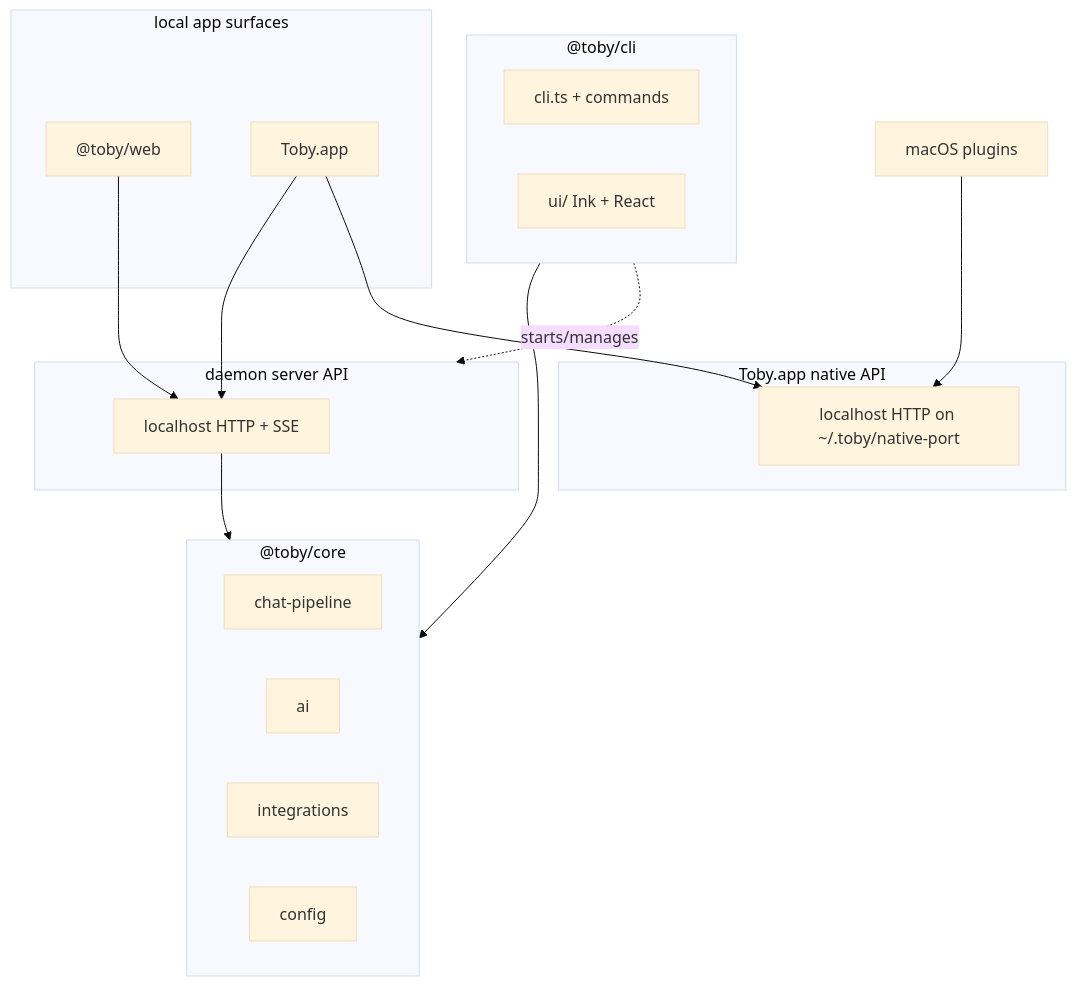
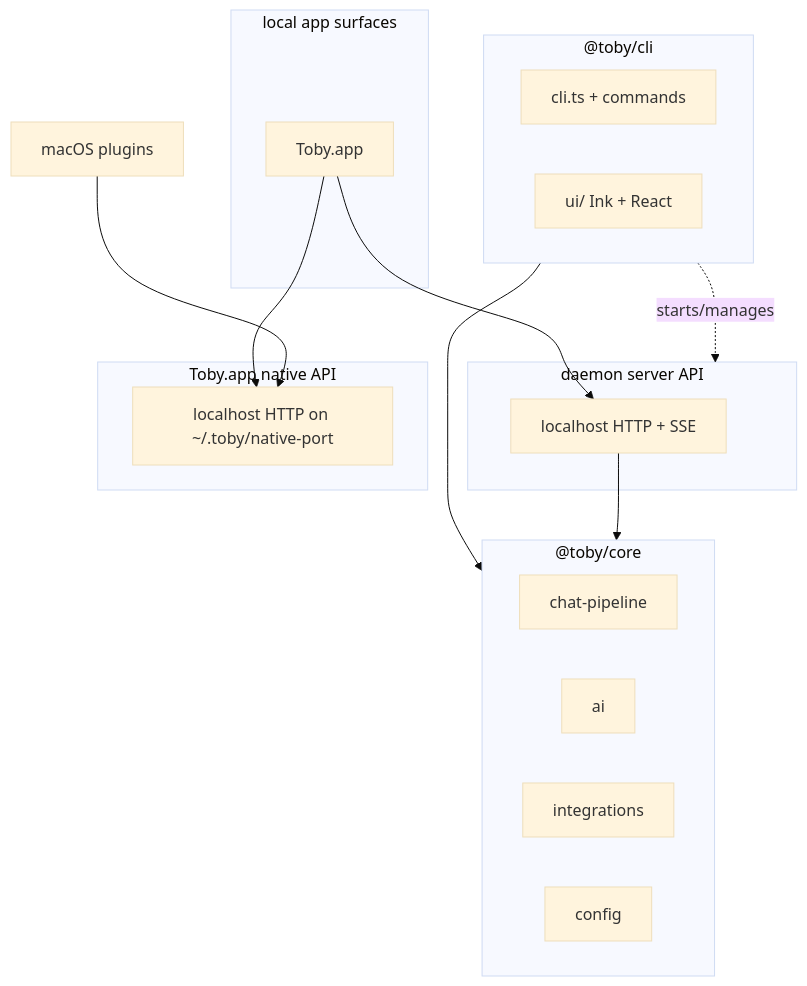
The first of 2 diagrams in docs/architecture.md (kshehadeh/toby), drawn with Mermaid (base theme) before and after one commit. The commit also changed other lines of this file and 95 other files, not shown here.

````diff
--- a/docs/architecture.md
+++ b/docs/architecture.md
@@ -19,31 +19,29 @@
 ```mermaid
 flowchart TB
   subgraph core ["@toby/core"]
     pipe[chat-pipeline]
     ai[ai]
     integ[integrations]
     cfg[config]
   end
   subgraph cli ["@toby/cli"]
     entry[cli.ts + commands]
     ui[ui/ Ink + React]
   end
   subgraph daemon ["daemon server API"]
     api[localhost HTTP + SSE]
   end
   subgraph native ["Toby.app native API"]
     nativeApi["localhost HTTP on ~/.toby/native-port"]
   end
   subgraph surfaces ["local app surfaces"]
-    web["@toby/web"]
     app["Toby.app"]
   end
   plugins["macOS plugins"]
   cli --> core
   cli -. starts/manages .-> daemon
-  web --> api
   app --> api
   app --> nativeApi
   plugins --> nativeApi
   api --> core
 ```
````
